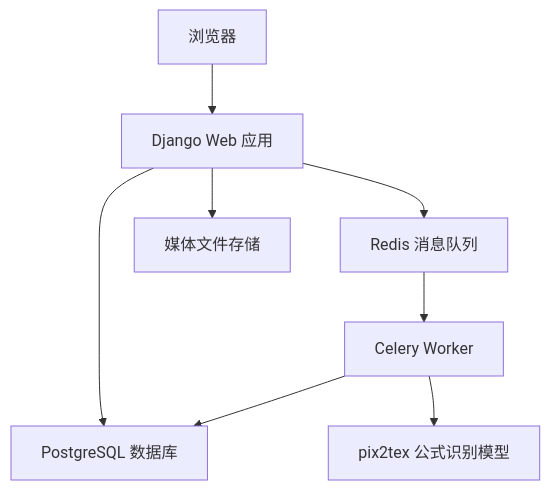
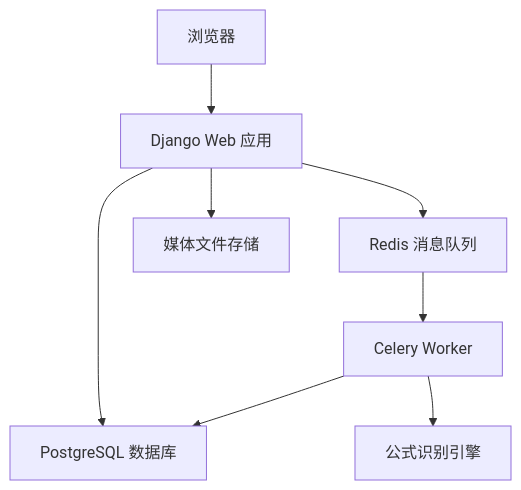
Before and after one commit to Timcai06/LinuxWeek11-Django-FormulaLab: the diagram in docs/02-总体架构.md, drawn with Mermaid. The commit also changed other lines of this file and 52 other files, not shown here.

````diff
--- a/docs/02-总体架构.md
+++ b/docs/02-总体架构.md
@@ -13,10 +13,10 @@
 ```mermaid
 flowchart TD
     A["浏览器"] --> B["Django Web 应用"]
     B --> C["PostgreSQL 数据库"]
     B --> D["Redis 消息队列"]
     D --> E["Celery Worker"]
-    E --> F["pix2tex 公式识别模型"]
+    E --> F["公式识别引擎"]
     E --> C
     B --> G["媒体文件存储"]
 ```
````
